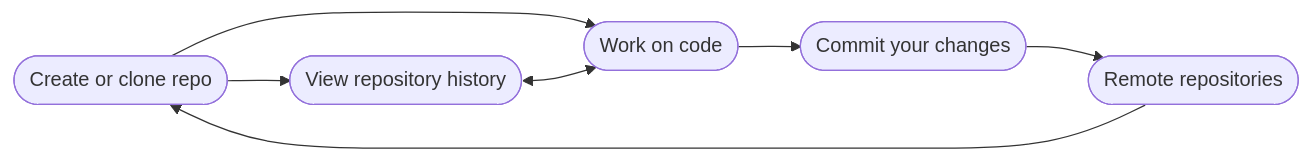
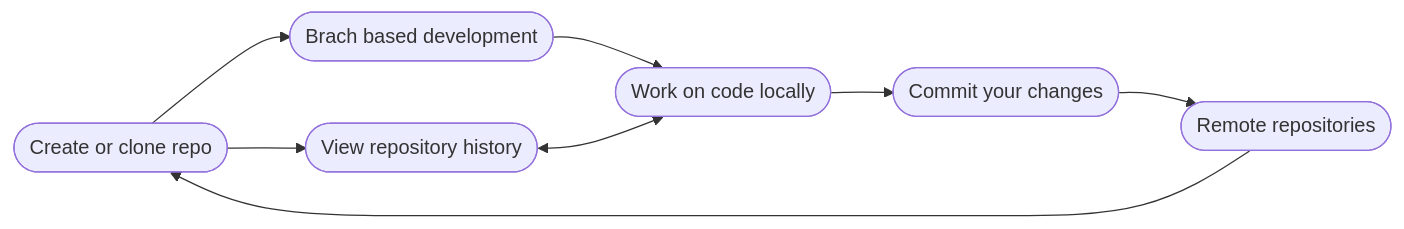
One commit to xcomfan/xcomfan.github.io changed the diagram in gitref/gitref.md. Above: the diagram before and after it, drawn with Mermaid. The commit also changed other lines of this file and 7 other files, not shown here.

```diff
--- a/gitref/gitref.md
+++ b/gitref/gitref.md
@@ -13,16 +14,27 @@
 {% mermaid %}
  flowchart LR
-
-    init([Create or clone repo])-->work([Work on code])
-    init-->history([View repository history])
-    history<-->work
-    work-->commit([Commit your changes])
-    commit-->remotes([Remote repositories])
-    remotes-->init
+    init([Create or clone repo])
+    branching([Brach based development])
+    work([Work on code locally])
+    history([View repository history])
+    commit([Commit your changes])
+    remotes([Remote repositories])
+    
 
     click init "{% link gitref/init.md %}"
     click work "{% link gitref/work.md %}"
+    click branching "{% link gitref/branching/branching.md %}"
     click history "{% link gitref/repo_history/repo_history.md %}"
     click commit "{% link gitref/commit.md %}"
     click remotes "{% link gitref/remotes.md%}"
+
+
+    init-->branching
+    init-->history
+    branching-->work
+    history<-->work
+    work-->commit
+    commit-->remotes
+    remotes-->init
+    
 {% endmermaid %}
```
